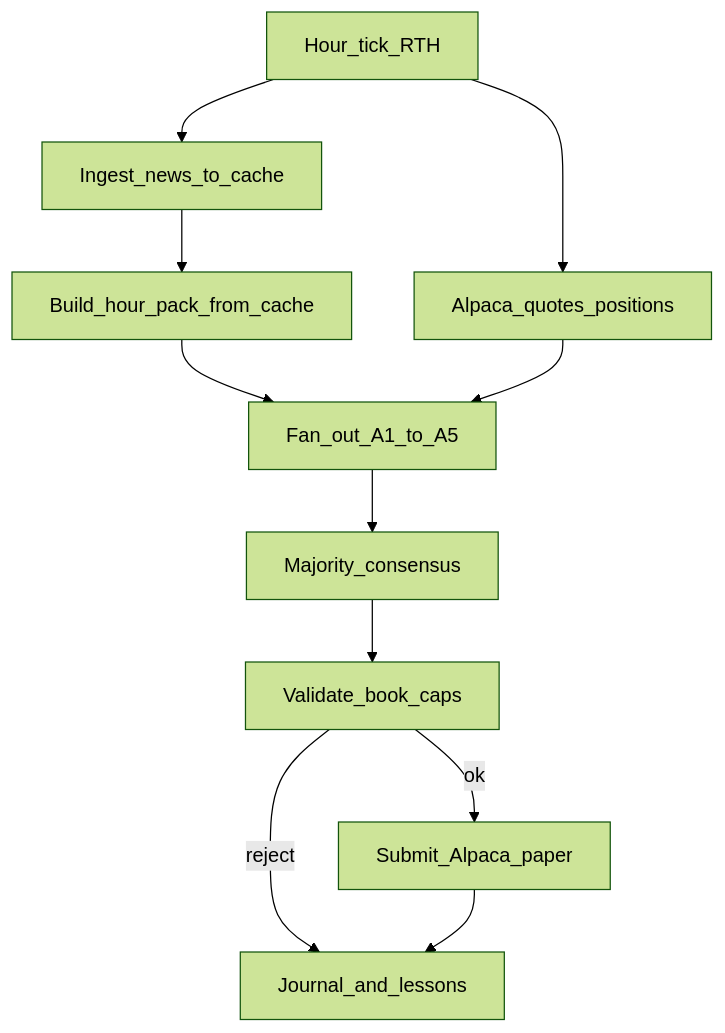
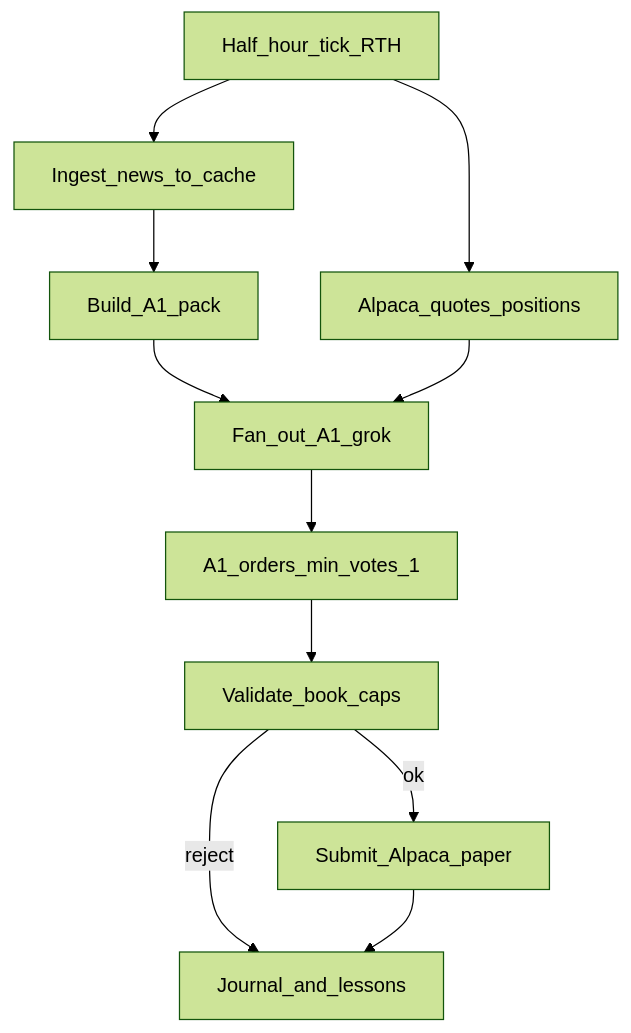
Before and after one commit to khaleb7/dAytrade: the diagram in docs/alpaca-hourly-plan.md, drawn with Mermaid (forest theme). The commit also changed other lines of this file and 750 other files, not shown here.

````diff
--- a/docs/alpaca-hourly-plan.md
+++ b/docs/alpaca-hourly-plan.md
@@ -33,23 +32,23 @@
 ```mermaid
 flowchart TD
-  tick[Hour_tick_RTH]
+  tick[Half_hour_tick_RTH]
   ingest[Ingest_news_to_cache]
-  pack[Build_hour_pack_from_cache]
+  pack[Build_A1_pack]
   px[Alpaca_quotes_positions]
-  fan[Fan_out_A1_to_A5]
-  cons[Majority_consensus]
+  fan[Fan_out_A1_grok]
+  settle[A1_orders_min_votes_1]
   val[Validate_book_caps]
   alp[Submit_Alpaca_paper]
   journal[Journal_and_lessons]
 
   tick --> ingest
   ingest --> pack
   tick --> px
   pack --> fan
   px --> fan
-  fan --> cons
-  cons --> val
+  fan --> settle
+  settle --> val
   val -->|ok| alp
   val -->|reject| journal
   alp --> journal
 ```
````
